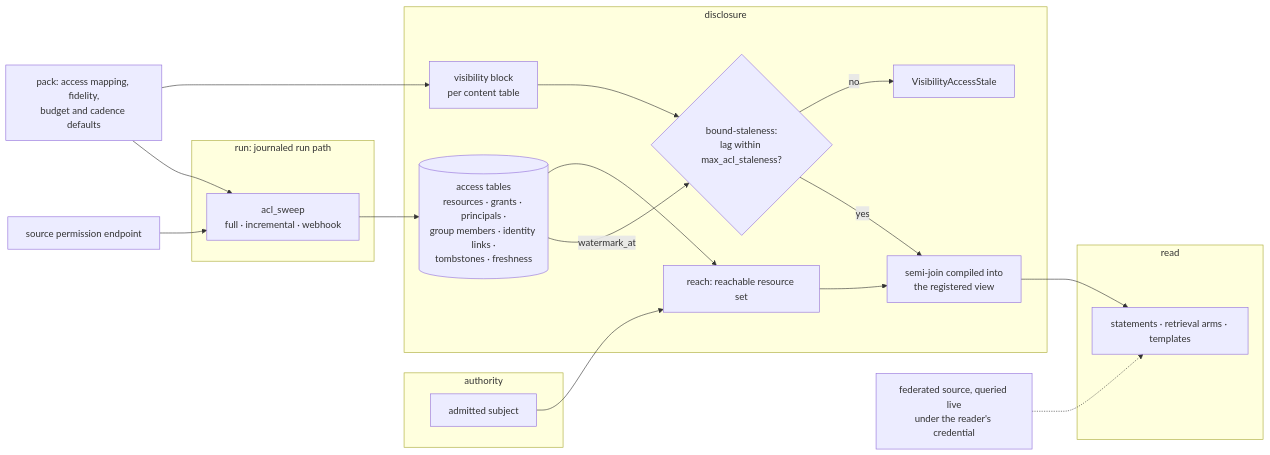
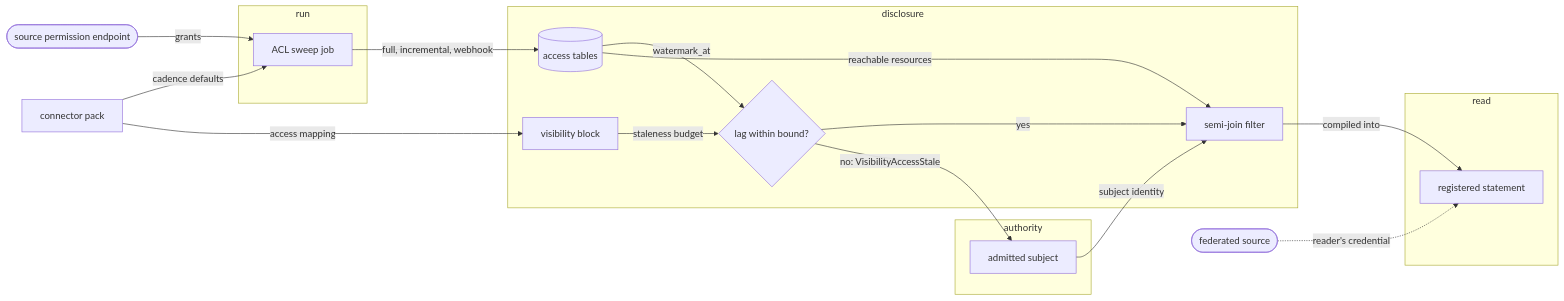
The first of 2 diagrams in spec/60-visibility.md (fractalboxdev/contextful), drawn with Mermaid before and after one commit. The commit also changed other lines of this file and 44 other files, not shown here.

First line of the commit message:
spec: diagrams draw entities and flows, and the checker enforces it (#12)

````diff
--- a/spec/60-visibility.md
+++ b/spec/60-visibility.md
@@ -21,36 +21,33 @@
 ```mermaid
 flowchart LR
-  PACK["pack: access mapping, fidelity,<br/>budget and cadence defaults"]
-  SRC["source permission endpoint"]
-  FED["federated source, queried live<br/>under the reader's credential"]
-  subgraph RUN["run: journaled run path"]
-    SWEEP["acl_sweep<br/>full · incremental · webhook"]
+  PACK["connector pack"]
+  SRC(["source permission endpoint"])
+  FED(["federated source"])
+  subgraph RUN["run"]
+    SWEEPER["ACL sweep job"]
   end
   subgraph AUTH["authority"]
     AA["admitted subject"]
   end
   subgraph DISC["disclosure"]
-    VB["visibility block<br/>per content table"]
-    AT[("access tables<br/>resources · grants · principals ·<br/>group members · identity links ·<br/>tombstones · freshness")]
-    REACH["reach: reachable resource set"]
-    STALE{"bound-staleness:<br/>lag within max_acl_staleness?"}
-    DEG["VisibilityAccessStale"]
-    SJ["semi-join compiled into<br/>the registered view"]
+    VB["visibility block"]
+    AT[("access tables")]
+    STALE{"lag within bound?"}
+    SJ["semi-join filter"]
   end
   subgraph READ["read"]
-    RS["statements · retrieval arms · templates"]
+    RS["registered statement"]
   end
-  PACK --> VB
-  PACK --> SWEEP
-  SRC --> SWEEP
-  SWEEP --> AT
-  AA --> REACH
-  AT --> REACH
-  AT -- "watermark_at" --> STALE
-  VB --> STALE
-  STALE -- no --> DEG
-  STALE -- yes --> SJ
-  REACH --> SJ
-  SJ --> RS
-  FED -.-> RS
+  PACK -->|"access mapping"| VB
+  PACK -->|"cadence defaults"| SWEEPER
+  SRC -->|"grants"| SWEEPER
+  SWEEPER -->|"full, incremental, webhook"| AT
+  AA -->|"subject identity"| SJ
+  AT -->|"reachable resources"| SJ
+  AT -->|"watermark_at"| STALE
+  VB -->|"staleness budget"| STALE
+  STALE -->|"no: VisibilityAccessStale"| AA
+  STALE -->|"yes"| SJ
+  SJ -->|"compiled into"| RS
+  FED -.->|"reader's credential"| RS
 ```
````
